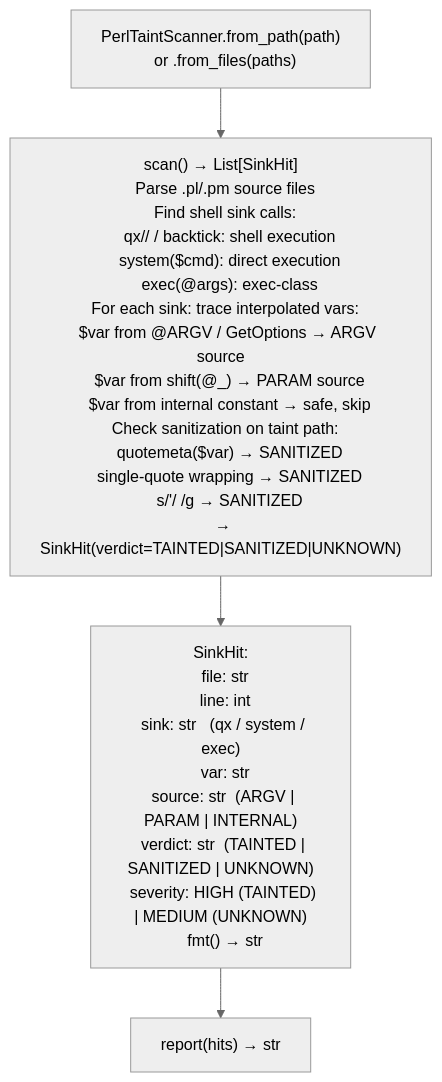
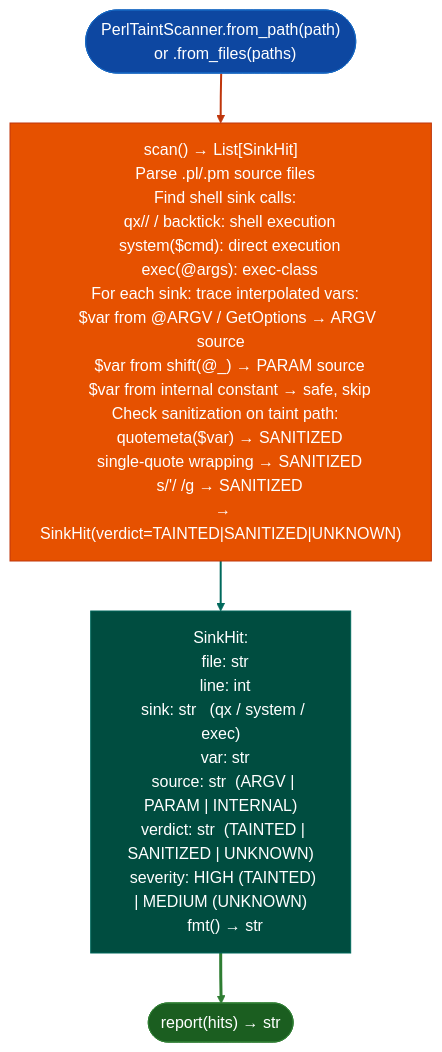
The diagram in docs/reference-modules/ioc-candidate-extraction.md (Ablation-Tool/ablation), drawn with Mermaid (neutral theme) before and after one commit. The commit also changed 320 other files, not shown here.

First line of the commit message:
docs: apply canonical Mermaid template to all 321 diagrams

````diff
--- a/docs/reference-modules/ioc-candidate-extraction.md
+++ b/docs/reference-modules/ioc-candidate-extraction.md
@@ -19,6 +19,15 @@
 ```mermaid
 flowchart TD
-    A["PerlTaintScanner.from_path(path)\n  or .from_files(paths)"] --> B["scan() → List[SinkHit]\n  Parse .pl/.pm source files\n  Find shell sink calls:\n    qx// / backtick: shell execution\n    system($cmd): direct execution\n    exec(@args): exec-class\n  For each sink: trace interpolated vars:\n    $var from @ARGV / GetOptions → ARGV source\n    $var from shift(@_) → PARAM source\n    $var from internal constant → safe, skip\n  Check sanitization on taint path:\n    quotemeta($var) → SANITIZED\n    single-quote wrapping → SANITIZED\n    s/'/ /g → SANITIZED\n  → SinkHit(verdict=TAINTED|SANITIZED|UNKNOWN)"]
-    B --> C["SinkHit:\n  file: str\n  line: int\n  sink: str   (qx / system / exec)\n  var: str\n  source: str  (ARGV | PARAM | INTERNAL)\n  verdict: str  (TAINTED | SANITIZED | UNKNOWN)\n  severity: HIGH (TAINTED) | MEDIUM (UNKNOWN)\n  fmt() → str"]
-    C --> D["report(hits) → str"]
+    A(["PerlTaintScanner.from_path(path)\n  or .from_files(paths)"]):::input --> B["scan() → List[SinkHit]\n  Parse .pl/.pm source files\n  Find shell sink calls:\n    qx// / backtick: shell execution\n    system($cmd): direct execution\n    exec(@args): exec-class\n  For each sink: trace interpolated vars:\n    $var from @ARGV / GetOptions → ARGV source\n    $var from shift(@_) → PARAM source\n    $var from internal constant → safe, skip\n  Check sanitization on taint path:\n    quotemeta($var) → SANITIZED\n    single-quote wrapping → SANITIZED\n    s/'/ /g → SANITIZED\n  → SinkHit(verdict=TAINTED|SANITIZED|UNKNOWN)"]:::primary
+    B:::primary --> C["SinkHit:\n  file: str\n  line: int\n  sink: str   (qx / system / exec)\n  var: str\n  source: str  (ARGV | PARAM | INTERNAL)\n  verdict: str  (TAINTED | SANITIZED | UNKNOWN)\n  severity: HIGH (TAINTED) | MEDIUM (UNKNOWN)\n  fmt() → str"]:::secondary
+    C:::secondary --> D(["report(hits) → str"]):::output
+    classDef input     fill:#0d47a1,stroke:#1565c0,color:#fff
+    classDef primary   fill:#e65100,stroke:#bf360c,color:#fff
+    classDef secondary fill:#004d40,stroke:#00695c,color:#fff
+    classDef tertiary  fill:#4a148c,stroke:#6a1b9a,color:#fff
+    classDef neutral   fill:#37474f,stroke:#546e7a,color:#fff
+    classDef output    fill:#1b5e20,stroke:#2e7d32,color:#fff
+    linkStyle 0 stroke:#bf360c,stroke-width:2px
+    linkStyle 1 stroke:#00695c,stroke-width:2px
+    linkStyle 2 stroke:#2e7d32,stroke-width:3px
 ```
````
